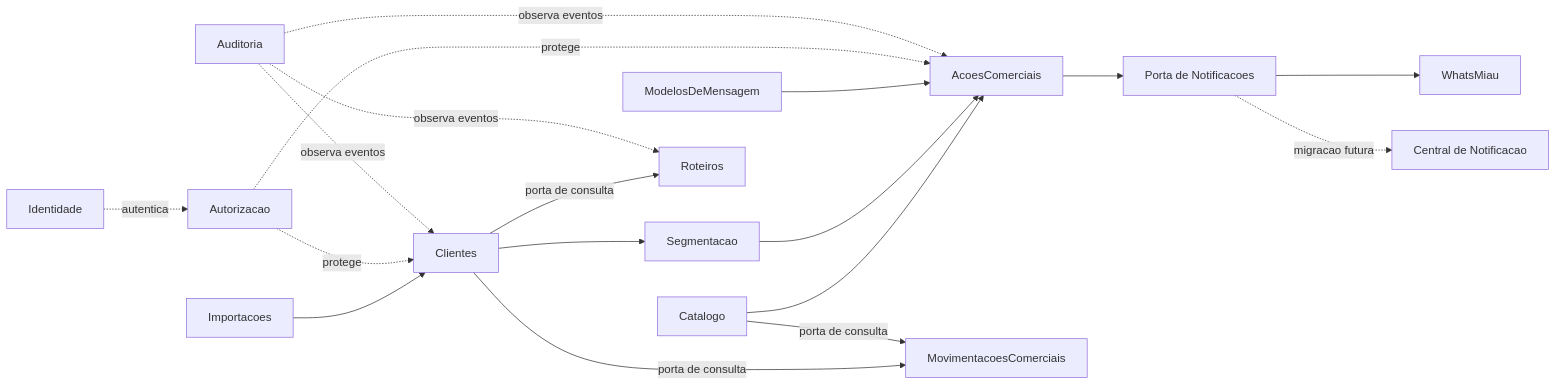
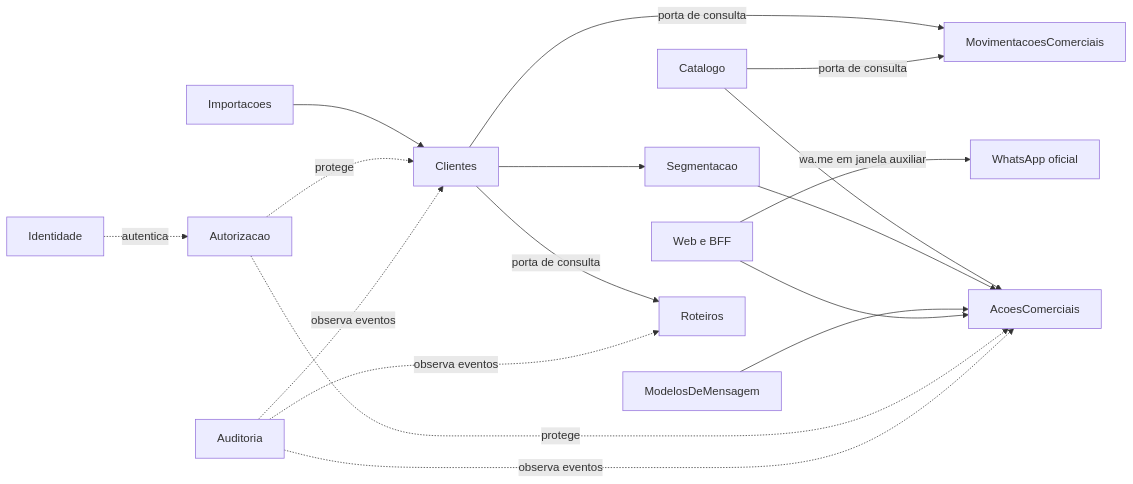
Before and after one commit to gustavodrager/lavamais-crm: the diagram in docs/07-tecnico/arquitetura/02-modulos-e-dependencias.md, drawn with Mermaid. The commit also changed other lines of this file and 143 other files, not shown here.

Commit message:
feat: adota WhatsApp Web assistido

````diff
--- a/docs/07-tecnico/arquitetura/02-modulos-e-dependencias.md
+++ b/docs/07-tecnico/arquitetura/02-modulos-e-dependencias.md
@@ -22,20 +22,19 @@
 ```mermaid
 flowchart LR
     ID[Identidade] -. autentica .-> AU[Autorizacao]
     I[Importacoes] --> C[Clientes]
     C --> S[Segmentacao]
     G[Catalogo] --> A[AcoesComerciais]
     S --> A
     M[ModelosDeMensagem] --> A
-    A --> P[Porta de Notificacoes]
-    P --> W[WhatsMiau]
-    P -. migracao futura .-> H[Central de Notificacao]
+    WEB[Web e BFF] --> A
+    WEB -->|wa.me em janela auxiliar| W[WhatsApp oficial]
     AU[Autorizacao] -. protege .-> A
     AU -. protege .-> C
     AD[Auditoria] -. observa eventos .-> A
     AD -. observa eventos .-> C
     C -->|porta de consulta| MV[MovimentacoesComerciais]
     G -->|porta de consulta| MV
     C -->|porta de consulta| R[Roteiros]
     AD -. observa eventos .-> R
 ```
````
